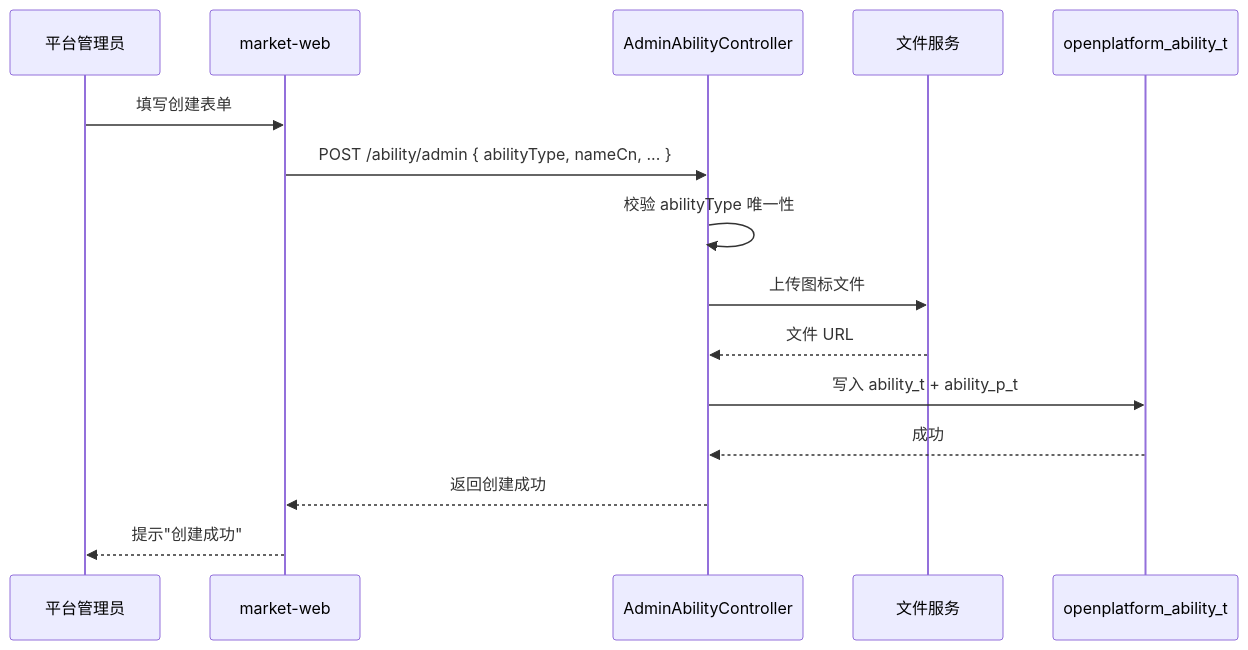
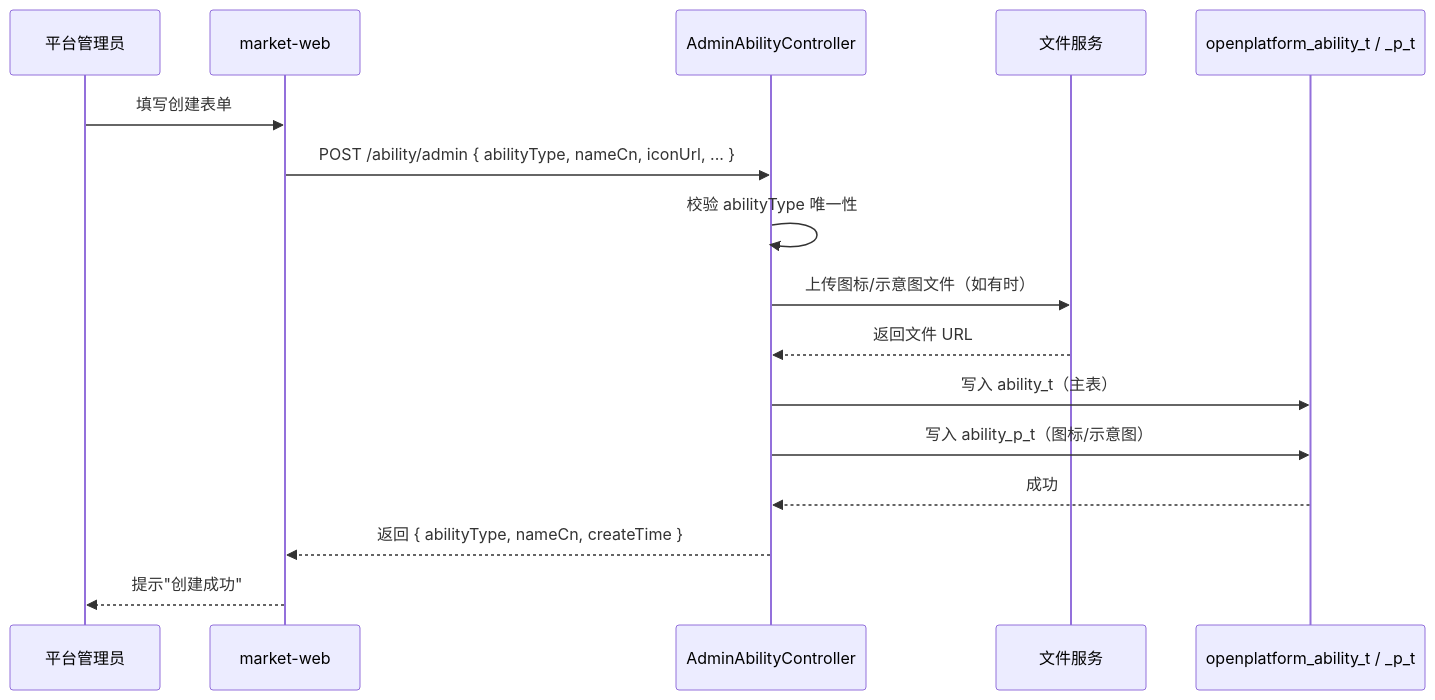
One commit to THZSummer/open-app changed the fourth of 6 diagrams in .sddu/specs-tree-root/specs-tree-ability-embedding/specs-tree-embedding-platform/需求设计说明.md. Above: the diagram before and after it, drawn with Mermaid. The commit also changed other lines of this file and 2 other files, not shown here.

````diff
--- a/.sddu/specs-tree-root/specs-tree-ability-embedding/specs-tree-embedding-platform/需求设计说明.md
+++ b/.sddu/specs-tree-root/specs-tree-ability-embedding/specs-tree-embedding-platform/需求设计说明.md
@@ -434,18 +488,19 @@
 ```mermaid
 sequenceDiagram
     participant Admin as 平台管理员
     participant Web as market-web
     participant AdminCtrl as AdminAbilityController
     participant FileSvc as 文件服务
-    participant DB as openplatform_ability_t
+    participant DB as openplatform_ability_t / _p_t
 
     Admin->>Web: 填写创建表单
-    Web->>AdminCtrl: POST /ability/admin { abilityType, nameCn, ... }
+    Web->>AdminCtrl: POST /ability/admin { abilityType, nameCn, iconUrl, ... }
     AdminCtrl->>AdminCtrl: 校验 abilityType 唯一性
-    AdminCtrl->>FileSvc: 上传图标文件
-    FileSvc-->>AdminCtrl: 文件 URL
-    AdminCtrl->>DB: 写入 ability_t + ability_p_t
+    AdminCtrl->>FileSvc: 上传图标/示意图文件（如有时）
+    FileSvc-->>AdminCtrl: 返回文件 URL
+    AdminCtrl->>DB: 写入 ability_t（主表）
+    AdminCtrl->>DB: 写入 ability_p_t（图标/示意图）
     DB-->>AdminCtrl: 成功
-    AdminCtrl-->>Web: 返回创建成功
+    AdminCtrl-->>Web: 返回 { abilityType, nameCn, createTime }
     Web-->>Admin: 提示"创建成功"
 ```
````
